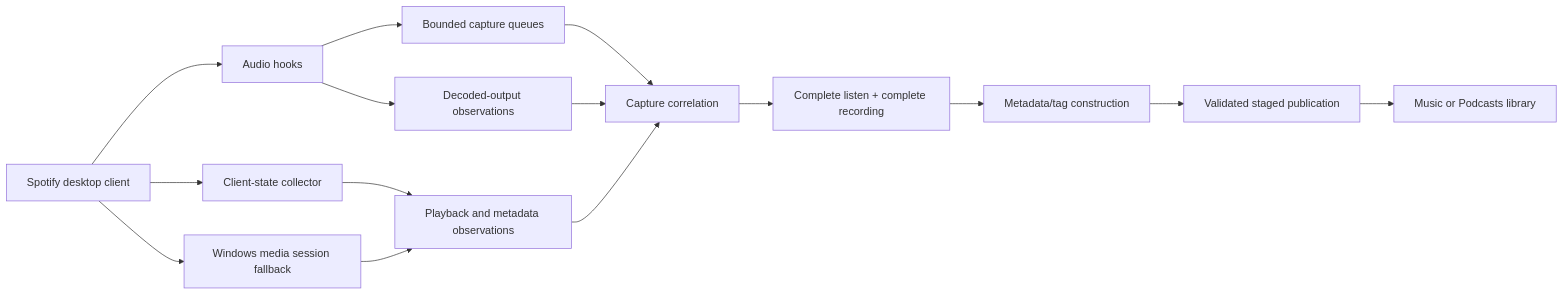
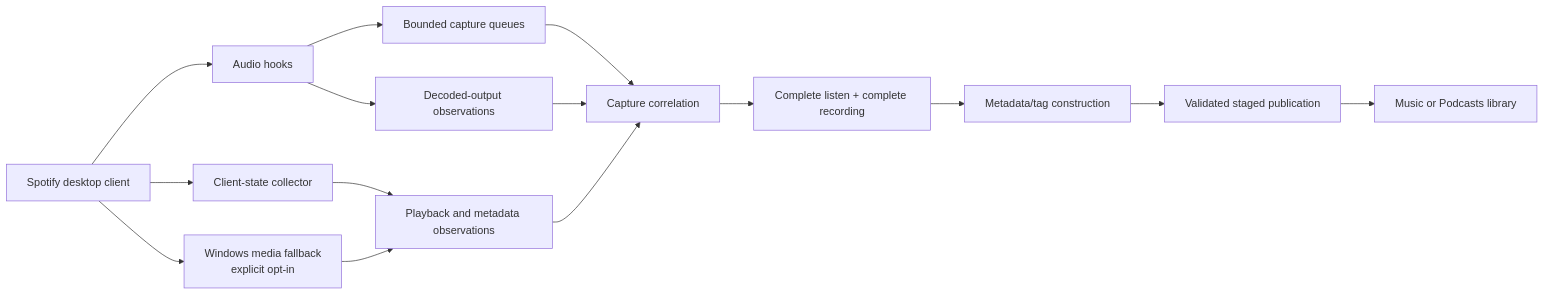
The diagram in docs/wiki/README.md (Mainkill1/Floggfy), drawn with Mermaid before and after one commit. The commit also changed other lines of this file and 8 other files, not shown here.

````diff
--- a/docs/wiki/README.md
+++ b/docs/wiki/README.md
@@ -7,17 +7,17 @@
 ```mermaid
 flowchart LR
     S[Spotify desktop client] --> H[Audio hooks]
     S --> C[Client-state collector]
-    S --> W[Windows media session fallback]
+    S --> W[Windows media fallback<br/>explicit opt-in]
     H --> Q[Bounded capture queues]
     H --> D[Decoded-output observations]
     C --> L[Playback and metadata observations]
     W --> L
     Q --> A[Capture correlation]
     D --> A
     L --> A
     A --> V[Complete listen + complete recording]
     V --> M[Metadata/tag construction]
     M --> P[Validated staged publication]
     P --> F[Music or Podcasts library]
 ```
````
